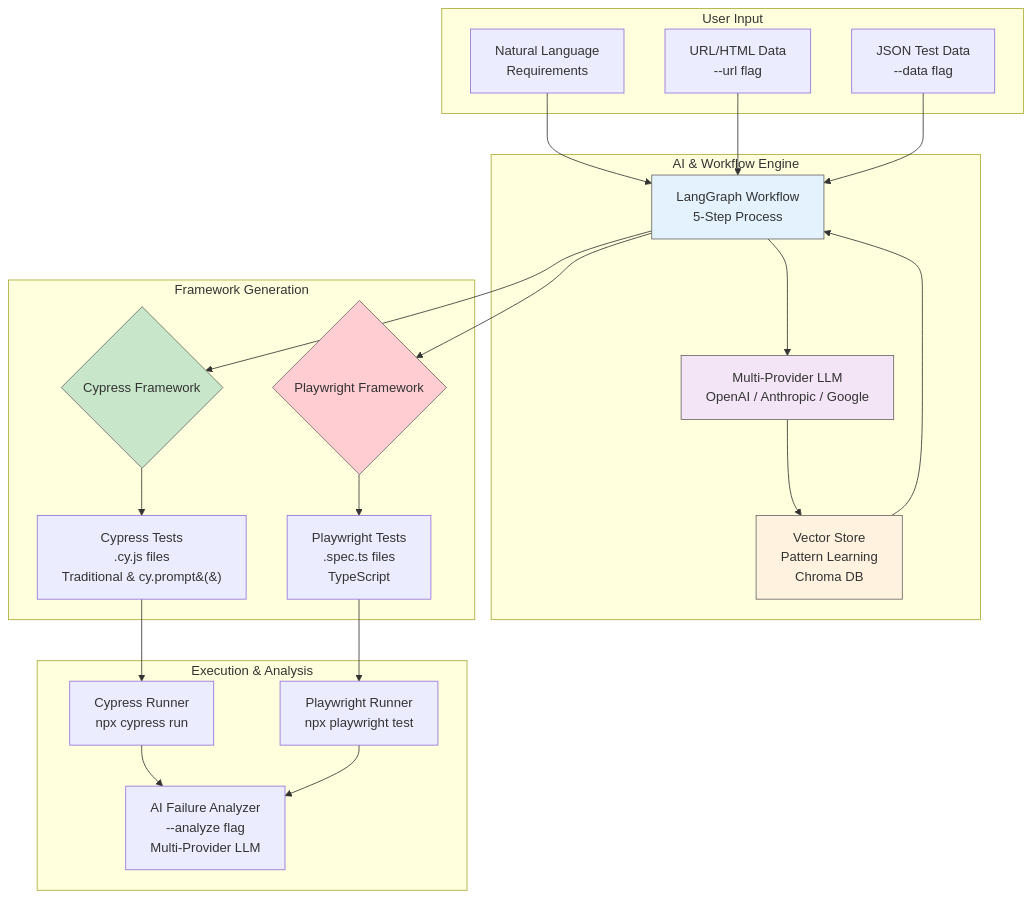
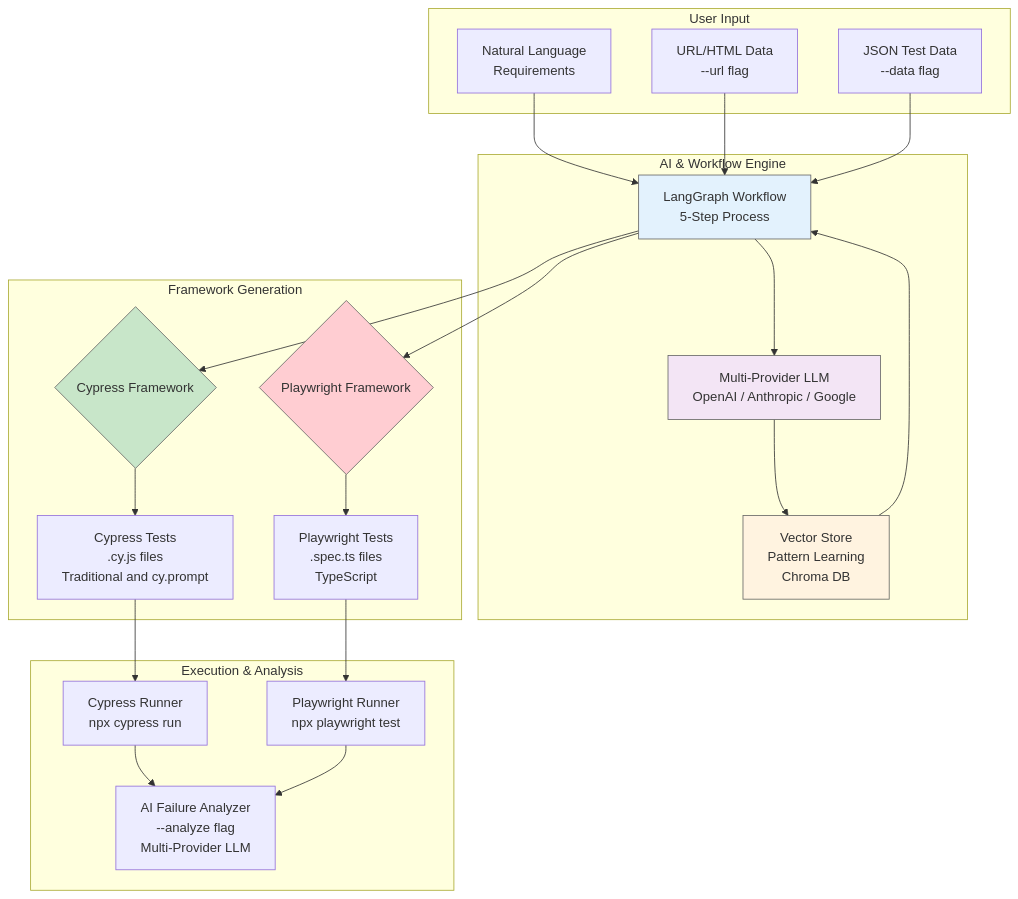
Before and after one commit to aiqualitylab/ai-natural-language-tests: the first of 3 diagrams in README.md, drawn with Mermaid.

````diff
--- a/README.md
+++ b/README.md
@@ -104,48 +104,48 @@
 ```mermaid
 graph TB
     subgraph "User Input"
         A[Natural Language<br>Requirements]
         B[URL/HTML Data<br>--url flag]
         C[JSON Test Data<br>--data flag]
     end
 
     subgraph "AI & Workflow Engine"
         D[LangGraph Workflow<br>5-Step Process]
         E[Multi-Provider LLM<br>OpenAI / Anthropic / Google]
         F[Vector Store<br>Pattern Learning<br>Chroma DB]
     end
 
     subgraph "Framework Generation"
         G{Cypress Framework}
         H{Playwright Framework}
-        I[Cypress Tests<br>.cy.js files<br>Traditional & cy.prompt&#40;&#41;]
+        I[Cypress Tests<br>.cy.js files<br>Traditional and cy.prompt]
         J[Playwright Tests<br>.spec.ts files<br>TypeScript]
     end
 
     subgraph "Execution & Analysis"
         K[Cypress Runner<br>npx cypress run]
         L[Playwright Runner<br>npx playwright test]
         M[AI Failure Analyzer<br>--analyze flag<br>Multi-Provider LLM]
     end
 
     A --> D
     B --> D
     C --> D
     D --> E
     E --> F
     F --> D
     D --> G
     D --> H
     G --> I
     H --> J
     I --> K
     J --> L
     K --> M
     L --> M
 
     style D fill:#e3f2fd,color:#333333,stroke:#666666
     style E fill:#f3e5f5,color:#333333,stroke:#666666
     style F fill:#fff3e0,color:#333333,stroke:#666666
     style G fill:#c8e6c9,color:#333333,stroke:#666666
     style H fill:#ffcdd2,color:#333333,stroke:#666666
 ```
````
